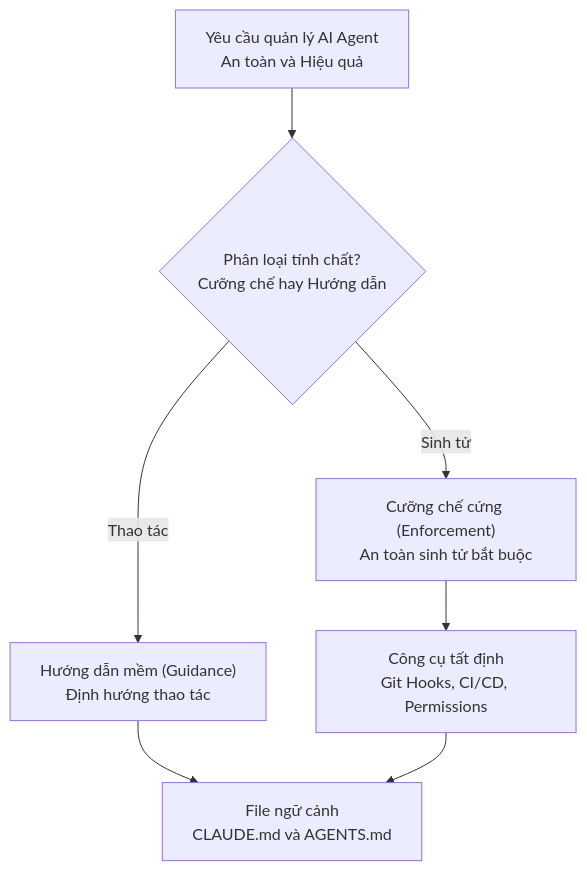
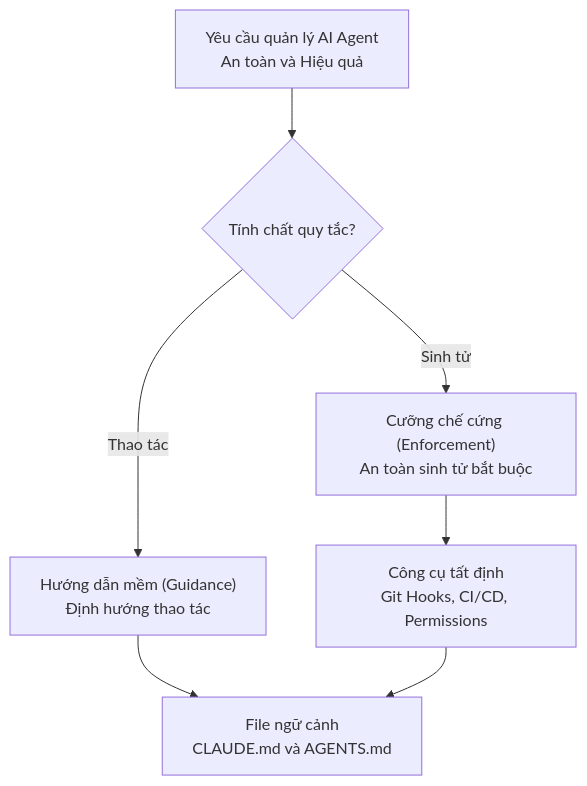
The second of 2 diagrams in content/posts/tu-duy-viet-claudemd-thuc-chien.md (nguyengoctin/my_website), drawn with Mermaid before and after one commit. The commit also changed other lines of this file and 19 other files, not shown here.

Commit message:
chore: implement Mermaid best-practice audit script, apply auto-fixes to posts, and adjust rendering configurations

````diff
--- a/content/posts/tu-duy-viet-claudemd-thuc-chien.md
+++ b/content/posts/tu-duy-viet-claudemd-thuc-chien.md
@@ -136,15 +136,15 @@
 ```mermaid
 flowchart TD
     Req["Yêu cầu quản lý AI Agent<br/>An toàn và Hiệu quả"]
-    CheckRule{"Phân loại tính chất?<br/>Cưỡng chế hay Hướng dẫn"}
+    CheckRule{"Tính chất quy tắc?"}
     Enforce["Cưỡng chế cứng (Enforcement)<br/>An toàn sinh tử bắt buộc"]
     Guide["Hướng dẫn mềm (Guidance)<br/>Định hướng thao tác"]
     Tools["Công cụ tất định<br/>Git Hooks, CI/CD, Permissions"]
     Files["File ngữ cảnh<br/>CLAUDE.md và AGENTS.md"]
     Req --> CheckRule
     CheckRule -->|Sinh tử| Enforce
     CheckRule -->|Thao tác| Guide
     Enforce --> Tools
     Guide --> Files
     Tools --> Files
 ```
````
